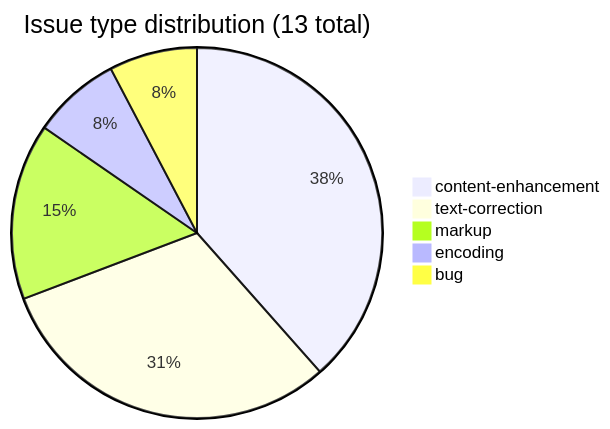
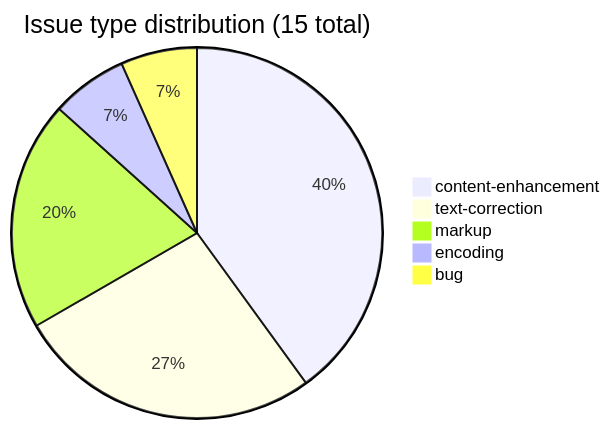
Before and after one commit to sanskrit-lexicon/MD: the second of 2 diagrams in README.md, drawn with Mermaid. The commit also changed other lines of this file, not shown here.

````diff
--- a/README.md
+++ b/README.md
@@ -85,8 +80,8 @@
 ```mermaid
-pie title Issue type distribution (13 total)
-    "content-enhancement" : 5
+pie title Issue type distribution (15 total)
+    "content-enhancement" : 6
     "text-correction" : 4
-    "markup" : 2
+    "markup" : 3
     "encoding" : 1
     "bug" : 1
 ```
````
